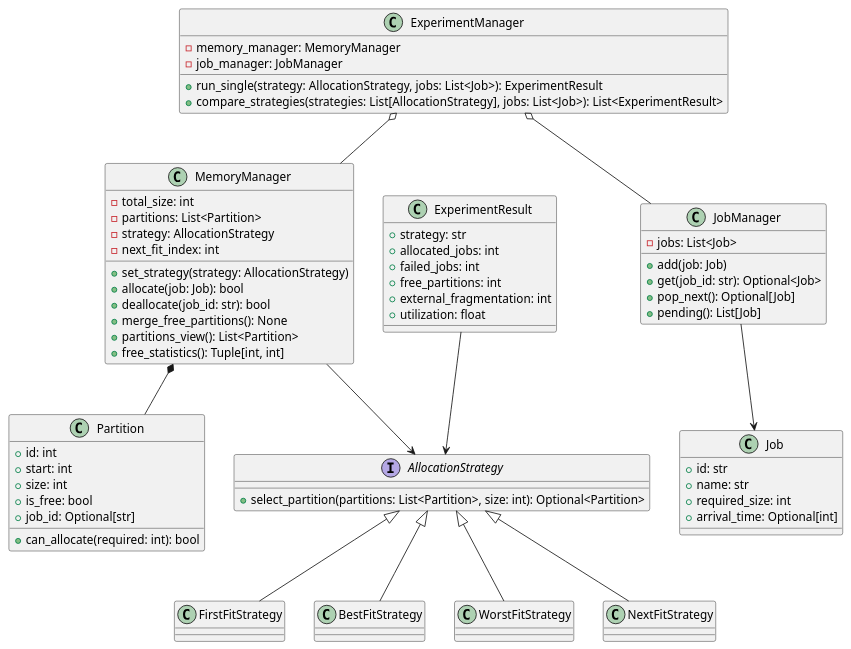
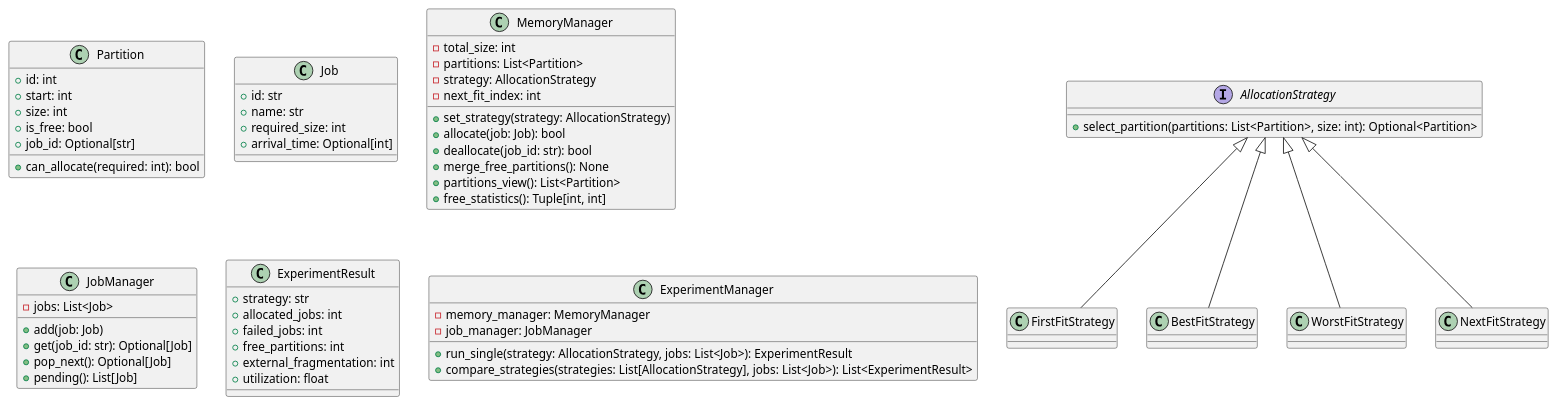
The diagram in docs/design.md (CnSohie/CnSohie.github.io), drawn with PlantUML before and after one commit. The commit also changed other lines of this file and 7 other files, not shown here.

````diff
--- a/docs/design.md
+++ b/docs/design.md
@@ -52,77 +52,70 @@
 ```plantuml
 @startuml
 interface AllocationStrategy {
   +select_partition(partitions: List<Partition>, size: int): Optional<Partition>
 }
 
 class FirstFitStrategy
 class BestFitStrategy
 class WorstFitStrategy
 class NextFitStrategy
 
 AllocationStrategy <|-- FirstFitStrategy
 AllocationStrategy <|-- BestFitStrategy
 AllocationStrategy <|-- WorstFitStrategy
 AllocationStrategy <|-- NextFitStrategy
 
 class Partition {
   +id: int
   +start: int
   +size: int
   +is_free: bool
   +job_id: Optional[str]
   +can_allocate(required: int): bool
 }
 
 class Job {
   +id: str
   +name: str
   +required_size: int
   +arrival_time: Optional[int]
 }
 
 class MemoryManager {
   -total_size: int
   -partitions: List<Partition>
   -strategy: AllocationStrategy
   -next_fit_index: int
   +set_strategy(strategy: AllocationStrategy)
   +allocate(job: Job): bool
   +deallocate(job_id: str): bool
   +merge_free_partitions(): None
   +partitions_view(): List<Partition>
   +free_statistics(): Tuple[int, int]
 }
 
 class JobManager {
   -jobs: List<Job>
   +add(job: Job)
-  +get(job_id: str): Optional<Job>
+  +get(job_id: str): Optional[Job]
   +pop_next(): Optional[Job]
   +pending(): List[Job]
 }
 
 class ExperimentResult {
   +strategy: str
   +allocated_jobs: int
   +failed_jobs: int
   +free_partitions: int
   +external_fragmentation: int
   +utilization: float
 }
 
 class ExperimentManager {
   -memory_manager: MemoryManager
   -job_manager: JobManager
   +run_single(strategy: AllocationStrategy, jobs: List<Job>): ExperimentResult
   +compare_strategies(strategies: List[AllocationStrategy], jobs: List<Job>): List<ExperimentResult>
 }
-
-MemoryManager *-- Partition
-ExperimentManager o-- MemoryManager
-ExperimentManager o-- JobManager
-ExperimentResult --> AllocationStrategy
-MemoryManager --> AllocationStrategy
-JobManager --> Job
 @enduml
 ```
````
